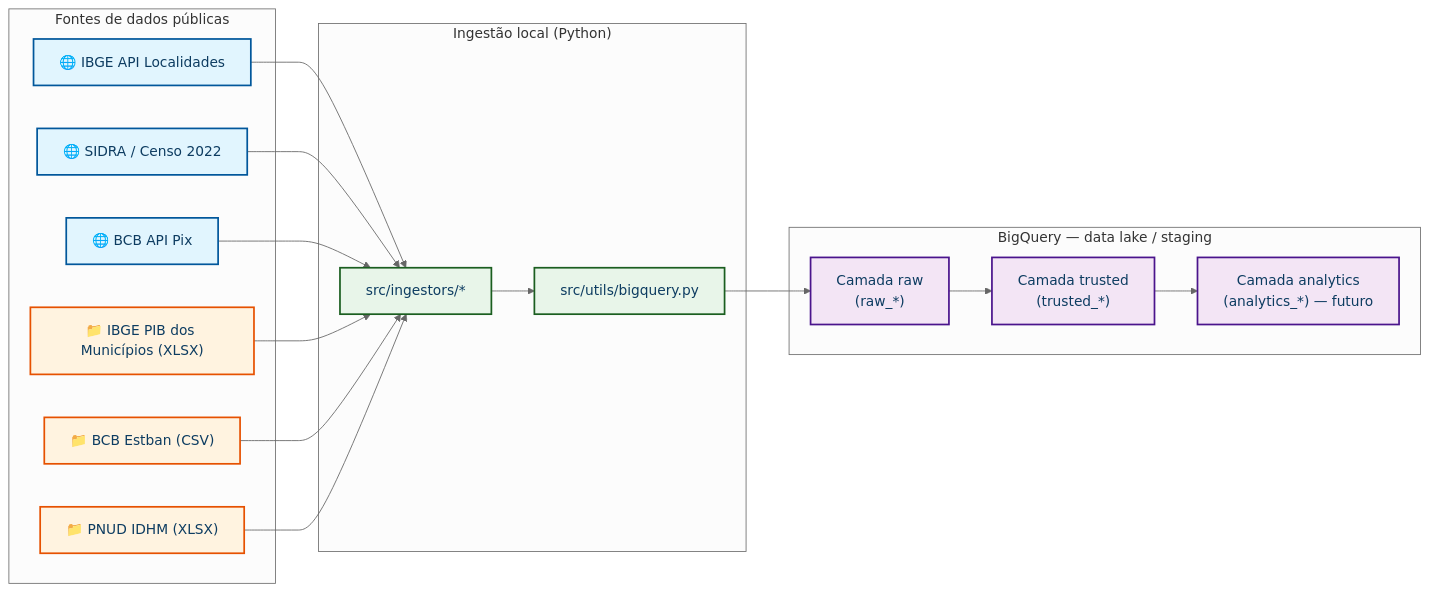
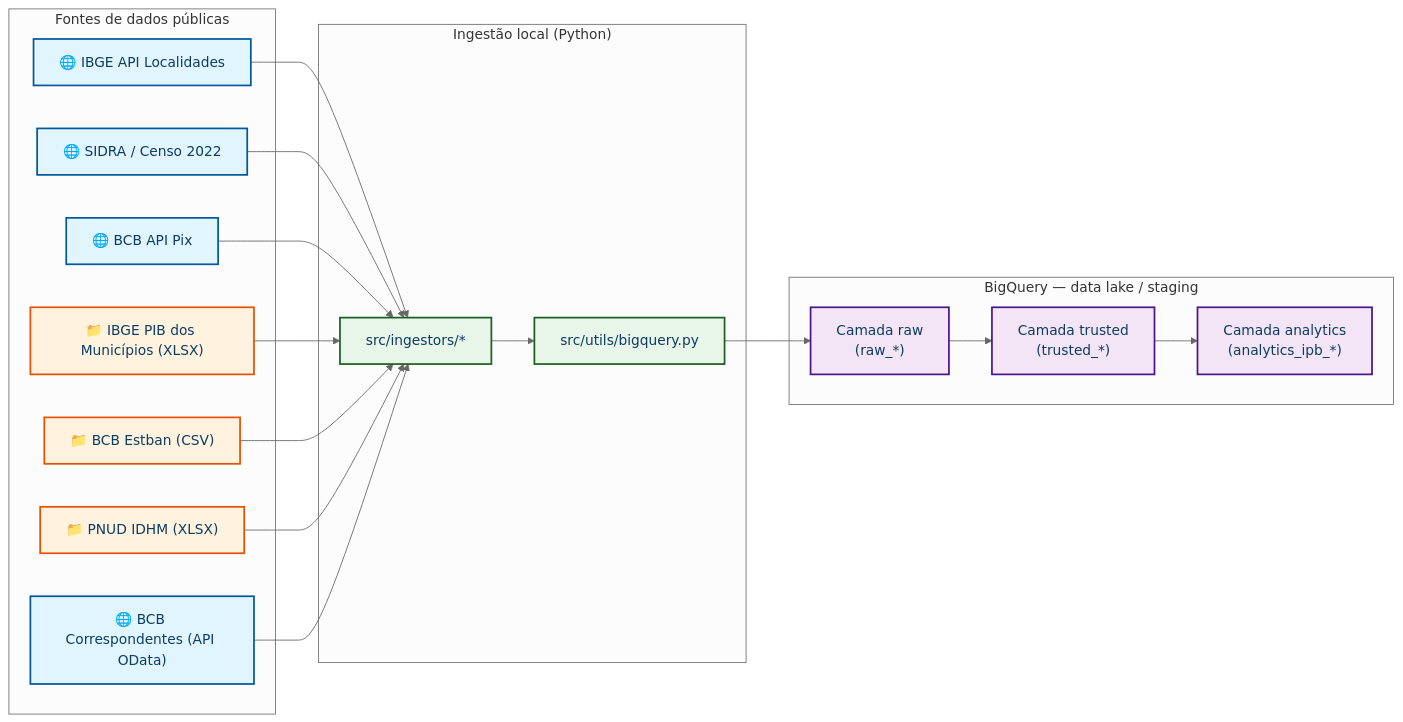
The first of 4 diagrams in docs/Arquitetura_Tecnica.md (LucioFrCruz/heluvina_projeto_final_202602), drawn with Mermaid (neutral theme) before and after one commit. The commit also changed other lines of this file and 2 other files, not shown here.

````diff
--- a/docs/Arquitetura_Tecnica.md
+++ b/docs/Arquitetura_Tecnica.md
@@ -50,39 +50,41 @@
 ```mermaid
 flowchart LR
     classDef api fill:#e1f5fe,stroke:#01579b,stroke-width:2px,color:#0d3c61
     classDef manual fill:#fff3e0,stroke:#e65100,stroke-width:2px,color:#0d3c61
     classDef script fill:#e8f5e9,stroke:#1b5e20,stroke-width:2px,color:#0d3c61
     classDef bq fill:#f3e5f5,stroke:#4a148c,stroke-width:2px,color:#0d3c61
 
     subgraph Fontes["Fontes de dados públicas"]
         F1["🌐 IBGE API Localidades"]:::api
         F2["🌐 SIDRA / Censo 2022"]:::api
         F3["🌐 BCB API Pix"]:::api
         F4["📁 IBGE PIB dos Municípios (XLSX)"]:::manual
         F5["📁 BCB Estban (CSV)"]:::manual
         F6["📁 PNUD IDHM (XLSX)"]:::manual
+        F7["🌐 BCB Correspondentes (API OData)"]:::api
     end
 
     subgraph Ingestao["Ingestão local (Python)"]
         I1["src/ingestors/*"]:::script
         I2["src/utils/bigquery.py"]:::script
     end
 
     subgraph BigQuery["BigQuery — data lake / staging"]
         R["Camada raw\n(raw_*)"]:::bq
         T["Camada trusted\n(trusted_*)"]:::bq
-        A["Camada analytics\n(analytics_*) — futuro"]:::bq
+        A["Camada analytics\n(analytics_ipb_*)"]:::bq
     end
 
     F1 --> I1
     F2 --> I1
     F3 --> I1
     F4 --> I1
     F5 --> I1
     F6 --> I1
+    F7 --> I1
 
     I1 --> I2
     I2 --> R
     R --> T
     T --> A
 ```
````
